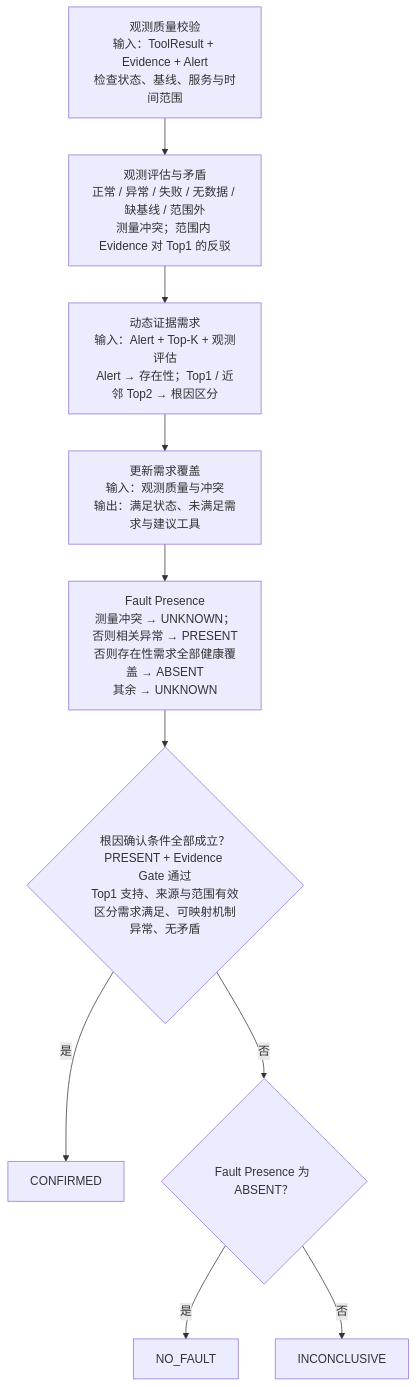
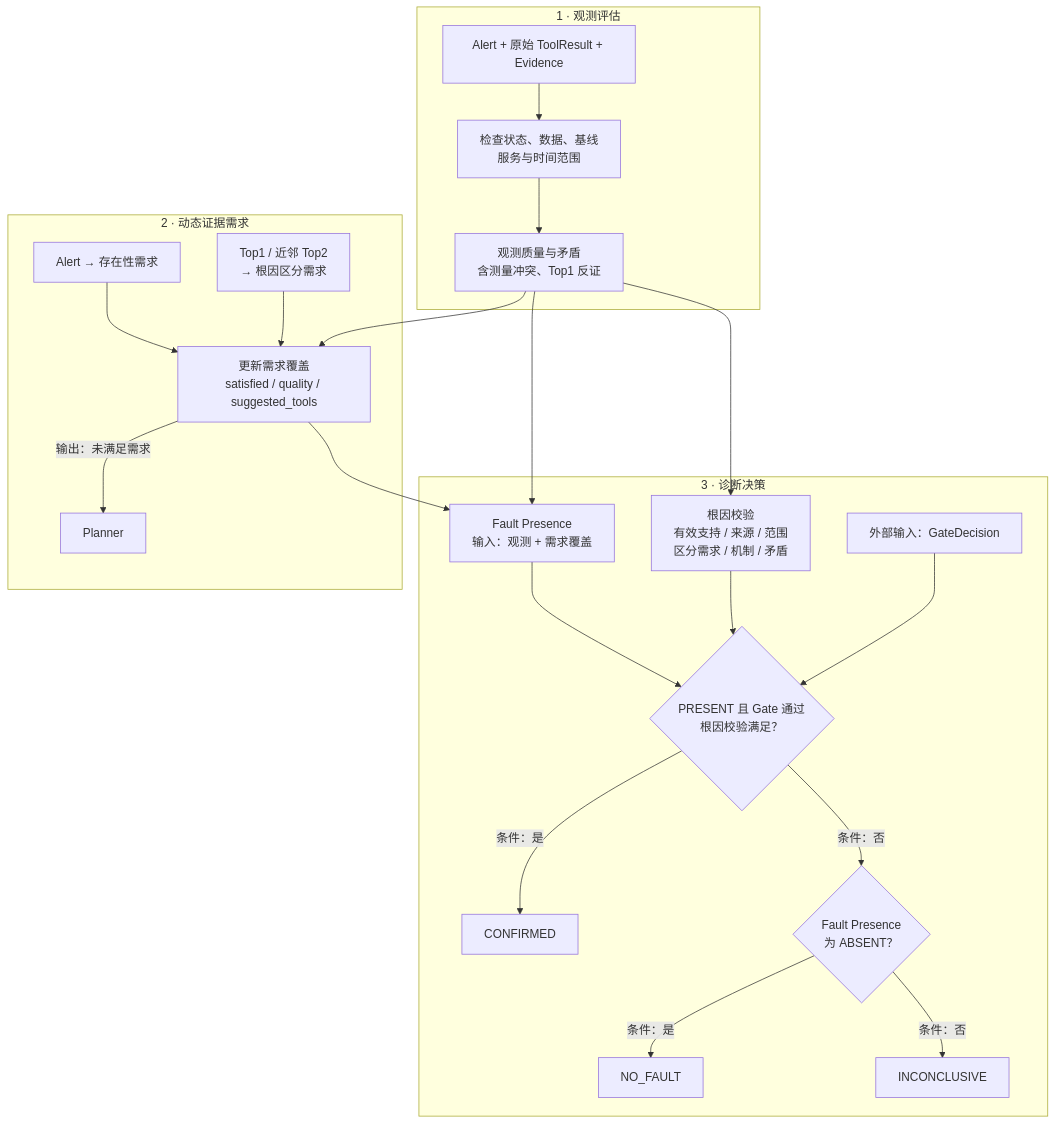
One commit to 1hao1hao/OpsPilot changed the second of 2 diagrams in README.md. Above: the diagram before and after it, drawn with Mermaid. The commit also changed other lines of this file, not shown here.

Commit message:
docs: clarify RCA decision detail diagram

````diff
--- a/README.md
+++ b/README.md
@@ -36,13 +36,33 @@
 ```mermaid
 flowchart TD
-    Q["观测质量校验<br/>输入：ToolResult + Evidence + Alert<br/>检查状态、基线、服务与时间范围"]
-    Q --> O["观测评估与矛盾<br/>正常 / 异常 / 失败 / 无数据 / 缺基线 / 范围外<br/>测量冲突；范围内 Evidence 对 Top1 的反驳"]
-    O --> U["动态证据需求<br/>输入：Alert + Top-K + 观测评估<br/>Alert → 存在性；Top1 / 近邻 Top2 → 根因区分"]
-    U --> S["更新需求覆盖<br/>输入：观测质量与冲突<br/>输出：满足状态、未满足需求与建议工具"]
-    S --> FP["Fault Presence<br/>测量冲突 → UNKNOWN；否则相关异常 → PRESENT<br/>否则存在性需求全部健康覆盖 → ABSENT<br/>其余 → UNKNOWN"]
-    FP --> K{"根因确认条件全部成立？<br/>PRESENT + Evidence Gate 通过<br/>Top1 支持、来源与范围有效<br/>区分需求满足、可映射机制异常、无矛盾"}
-    K -->|是| F["CONFIRMED"]
-    K -->|否| B{"Fault Presence 为 ABSENT？"}
-    B -->|是| N["NO_FAULT"]
-    B -->|否| I["INCONCLUSIVE"]
+    subgraph OBS["1 · 观测评估"]
+        I0["Alert + 原始 ToolResult + Evidence"] --> Q["检查状态、数据、基线<br/>服务与时间范围"]
+        Q --> O["观测质量与矛盾<br/>含测量冲突、Top1 反证"]
+    end
+
+    subgraph REQ["2 · 动态证据需求"]
+        A["Alert → 存在性需求"] --> U["更新需求覆盖<br/>satisfied / quality / suggested_tools"]
+        R["Top1 / 近邻 Top2<br/>→ 根因区分需求"] --> U
+        U -->|输出：未满足需求| P["Planner"]
+    end
+
+    subgraph DEC["3 · 诊断决策"]
+        FP["Fault Presence<br/>输入：观测 + 需求覆盖"]
+        C["根因校验<br/>有效支持 / 来源 / 范围<br/>区分需求 / 机制 / 矛盾"]
+        G["外部输入：GateDecision"]
+        K{"PRESENT 且 Gate 通过<br/>根因校验满足？"}
+        B{"Fault Presence<br/>为 ABSENT？"}
+        FP --> K
+        G --> K
+        C --> K
+        K -->|条件：是| F["CONFIRMED"]
+        K -->|条件：否| B
+        B -->|条件：是| N["NO_FAULT"]
+        B -->|条件：否| I["INCONCLUSIVE"]
+    end
+
+    O --> U
+    O --> FP
+    U --> FP
+    O --> C
 ```
````
